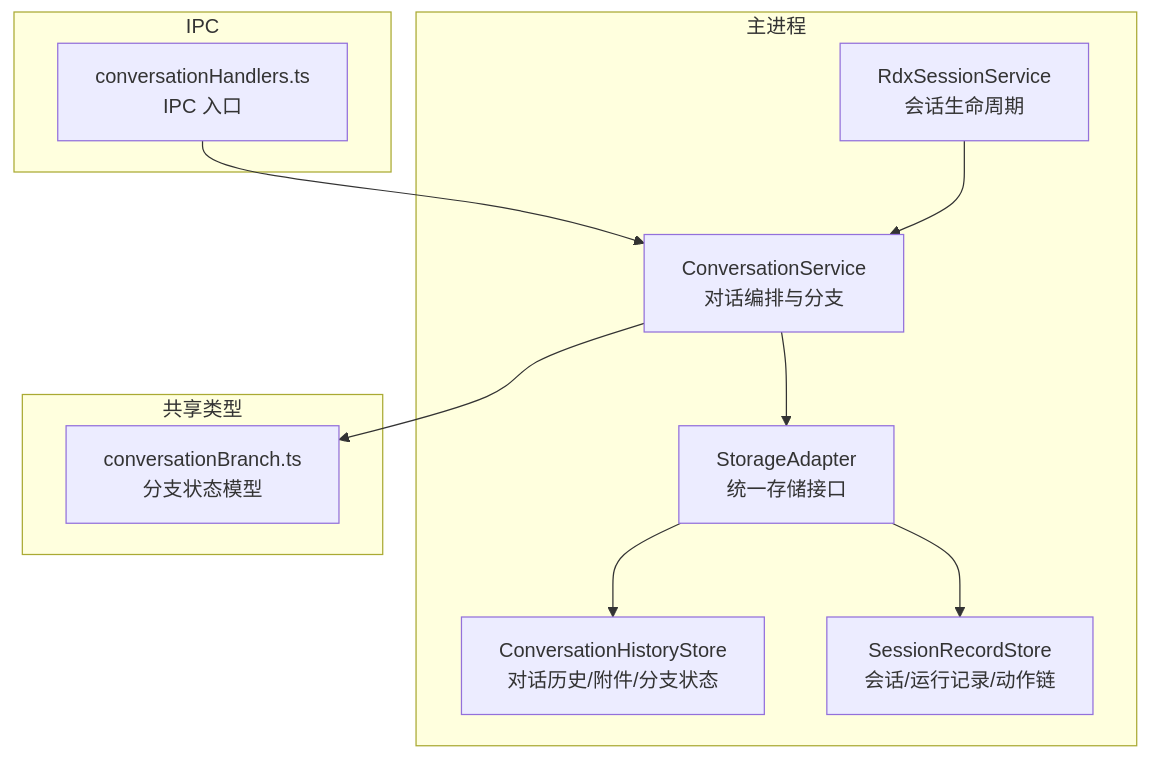
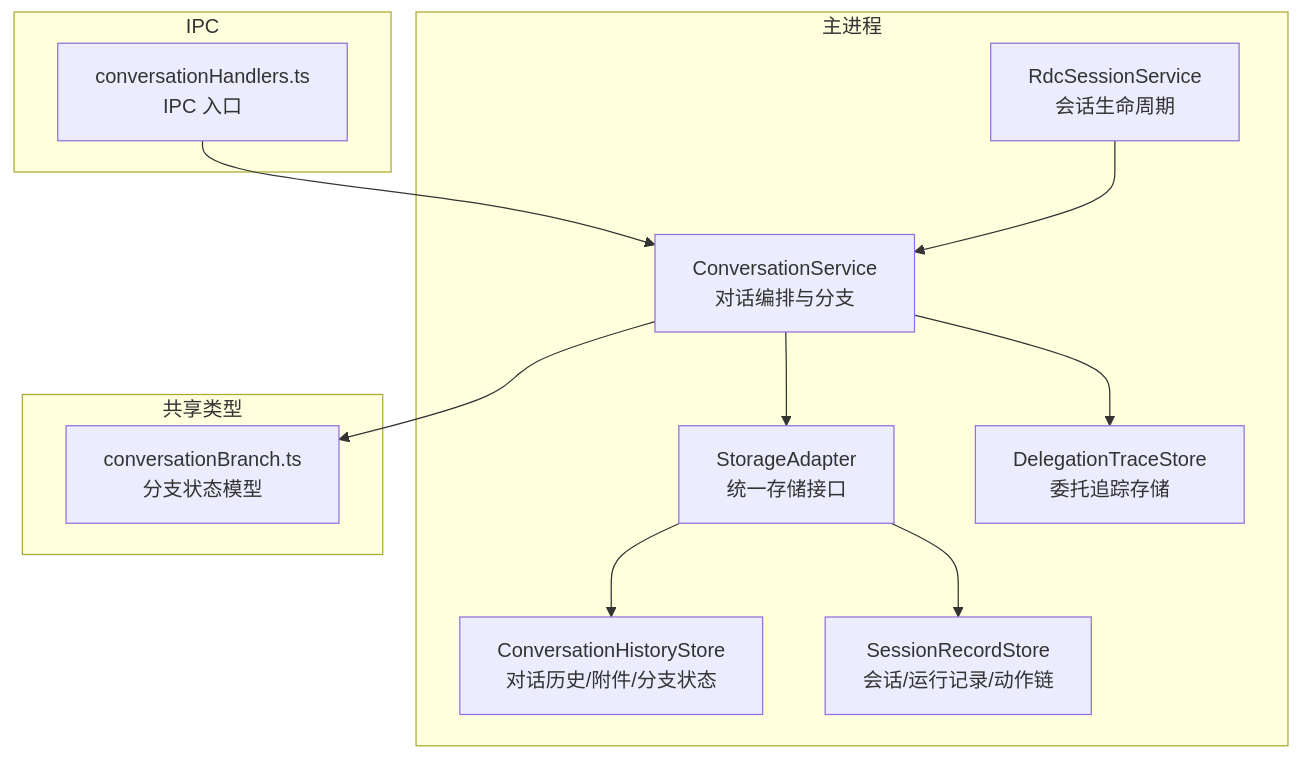
The first of 8 diagrams in .qoder/repowiki/zh/content/架构设计/主进程架构/会话管理系统.md (haolange/RDC-Agent), drawn with Mermaid before and after one commit. The commit also changed other lines of this file and 25 other files, not shown here.

````diff
--- a/.qoder/repowiki/zh/content/架构设计/主进程架构/会话管理系统.md
+++ b/.qoder/repowiki/zh/content/架构设计/主进程架构/会话管理系统.md
@@ -43,22 +54,24 @@
 ```mermaid
 graph TB
 subgraph "主进程"
-A["RdxSessionService<br/>会话生命周期"]
+A["RdcSessionService<br/>会话生命周期"]
 B["ConversationService<br/>对话编排与分支"]
 C["StorageAdapter<br/>统一存储接口"]
 D["ConversationHistoryStore<br/>对话历史/附件/分支状态"]
 E["SessionRecordStore<br/>会话/运行记录/动作链"]
+F["DelegationTraceStore<br/>委托追踪存储"]
 end
 subgraph "共享类型"
 T["conversationBranch.ts<br/>分支状态模型"]
 end
 subgraph "IPC"
 H["conversationHandlers.ts<br/>IPC 入口"]
 end
 H --> B
 B --> C
 C --> D
 C --> E
 A --> B
 B --> T
+B --> F
 ```
````
